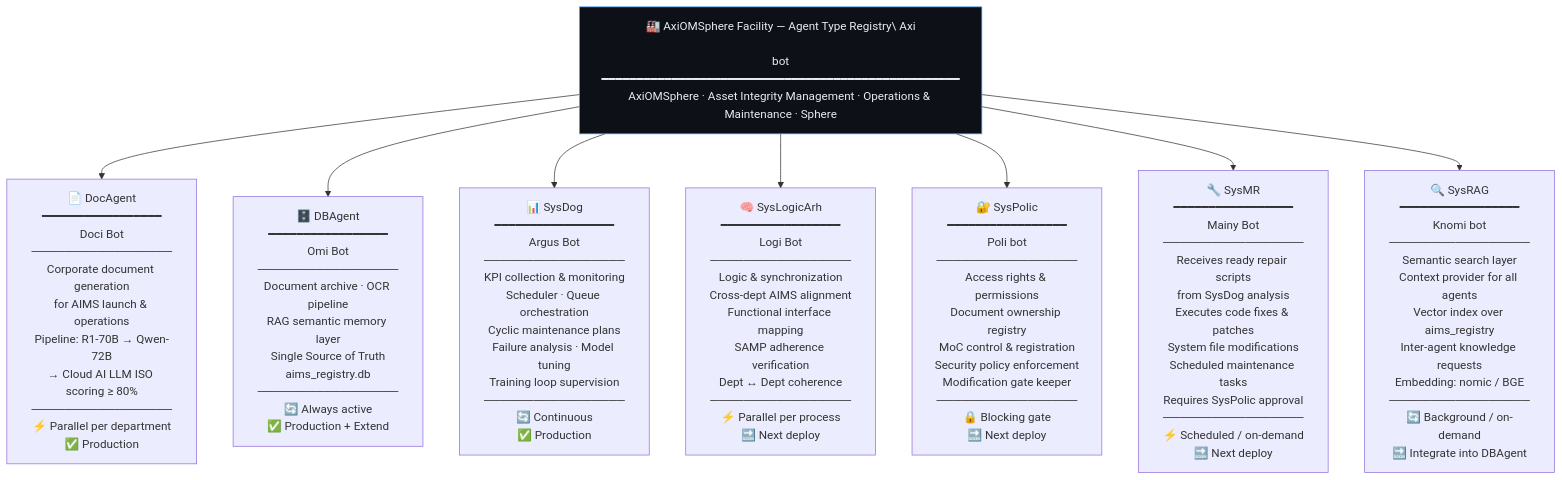
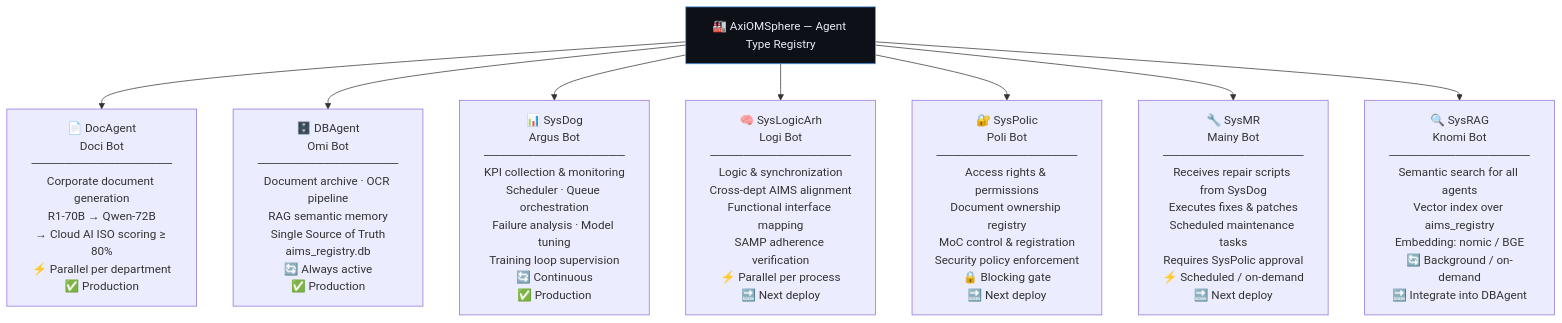
One commit to AxiOMSphereAssistanceAIMS/AxiOMSphere changed the second of 12 diagrams in README.md. Above: the diagram before and after it, drawn with Mermaid. The commit also changed other lines of this file, not shown here.

First line of the commit message:
README: business-first restructure, API credits section, merged diagrams

````diff
--- a/README.md
+++ b/README.md
@@ -123,24 +228,22 @@
 ```mermaid
 flowchart TD
-    HEADER["🏭 AxiOMSphere Facility — Agent Type Registry\ Axi
-
-bot\n━━━━━━━━━━━━━━━━━━━━━━━━━━━━━━━━━━━━━━━━━━━━━━━━━━━\nAxiOMSphere · Asset Integrity Management · Operations & Maintenance · Sphere"]
+    HEADER["🏭 AxiOMSphere — Agent Type Registry"]
 
     HEADER --> T1 & T2 & T3 & T4 & T5 & T6 & T7
 
-    T1["📄 DocAgent\n━━━━━━━━━━━━━━━━━\nDoci Bot\n─────────────────\nCorporate document generation\nfor AIMS launch & operations\nPipeline: R1-70B → Qwen-72B\n→ Cloud AI LLM ISO scoring ≥ 80%\n─────────────────\n⚡ Parallel per department\n✅ Production"]
+    T1["📄 DocAgent\nDoci Bot\n─────────────────\nCorporate document generation\nR1-70B → Qwen-72B\n→ Cloud AI ISO scoring ≥ 80%\n⚡ Parallel per department\n✅ Production"]
 
-    T2["🗄️ DBAgent\n━━━━━━━━━━━━━━━━━\nOmi Bot\n─────────────────\nDocument archive · OCR pipeline\nRAG semantic memory layer\nSingle Source of Truth\naims_registry.db\n─────────────────\n🔄 Always active\n✅ Production + Extend"]
+    T2["🗄️ DBAgent\nOmi Bot\n─────────────────\nDocument archive · OCR pipeline\nRAG semantic memory\nSingle Source of Truth\naims_registry.db\n🔄 Always active\n✅ Production"]
 
-    T3["📊 SysDog\n━━━━━━━━━━━━━━━━━\nArgus Bot\n─────────────────\nKPI collection & monitoring\nScheduler · Queue orchestration\nCyclic maintenance plans\nFailure analysis · Model tuning\nTraining loop supervision\n─────────────────\n🔄 Continuous\n✅ Production"]
+    T3["📊 SysDog\nArgus Bot\n─────────────────\nKPI collection & monitoring\nScheduler · Queue orchestration\nFailure analysis · Model tuning\nTraining loop supervision\n🔄 Continuous\n✅ Production"]
 
-    T4["🧠 SysLogicArh\n━━━━━━━━━━━━━━━━━\nLogi Bot\n─────────────────\nLogic & synchronization\nCross-dept AIMS alignment\nFunctional interface mapping\nSAMP adherence verification\nDept ↔ Dept coherence\n─────────────────\n⚡ Parallel per process\n🔜 Next deploy"]
+    T4["🧠 SysLogicArh\nLogi Bot\n─────────────────\nLogic & synchronization\nCross-dept AIMS alignment\nFunctional interface mapping\nSAMP adherence verification\n⚡ Parallel per process\n🔜 Next deploy"]
 
-    T5["🔐 SysPolic\n━━━━━━━━━━━━━━━━━\nPoli bot\n─────────────────\nAccess rights & permissions\nDocument ownership registry\nMoC control & registration\nSecurity policy enforcement\nModification gate keeper\n─────────────────\n🔒 Blocking gate\n🔜 Next deploy"]
+    T5["🔐 SysPolic\nPoli Bot\n─────────────────\nAccess rights & permissions\nDocument ownership registry\nMoC control & registration\nSecurity policy enforcement\n🔒 Blocking gate\n🔜 Next deploy"]
 
-    T6["🔧 SysMR\n━━━━━━━━━━━━━━━━━\nMainy Bot\n─────────────────\nReceives ready repair scripts\nfrom SysDog analysis\nExecutes code fixes & patches\nSystem file modifications\nScheduled maintenance tasks\nRequires SysPolic approval\n─────────────────\n⚡ Scheduled / on-demand\n🔜 Next deploy"]
+    T6["🔧 SysMR\nMainy Bot\n─────────────────\nReceives repair scripts from SysDog\nExecutes fixes & patches\nScheduled maintenance tasks\nRequires SysPolic approval\n⚡ Scheduled / on-demand\n🔜 Next deploy"]
 
-    T7["🔍 SysRAG\n━━━━━━━━━━━━━━━━━\nKnomi bot\n─────────────────\nSemantic search layer\nContext provider for all agents\nVector index over aims_registry\nInter-agent knowledge requests\nEmbedding: nomic / BGE\n─────────────────\n🔄 Background / on-demand\n🔜 Integrate into DBAgent"]
+    T7["🔍 SysRAG\nKnomi Bot\n─────────────────\nSemantic search for all agents\nVector index over aims_registry\nEmbedding: nomic / BGE\n🔄 Background / on-demand\n🔜 Integrate into DBAgent"]
 
     style HEADER fill:#0d1117,stroke:#58a6ff,color:#e6edf3
 ```
````
